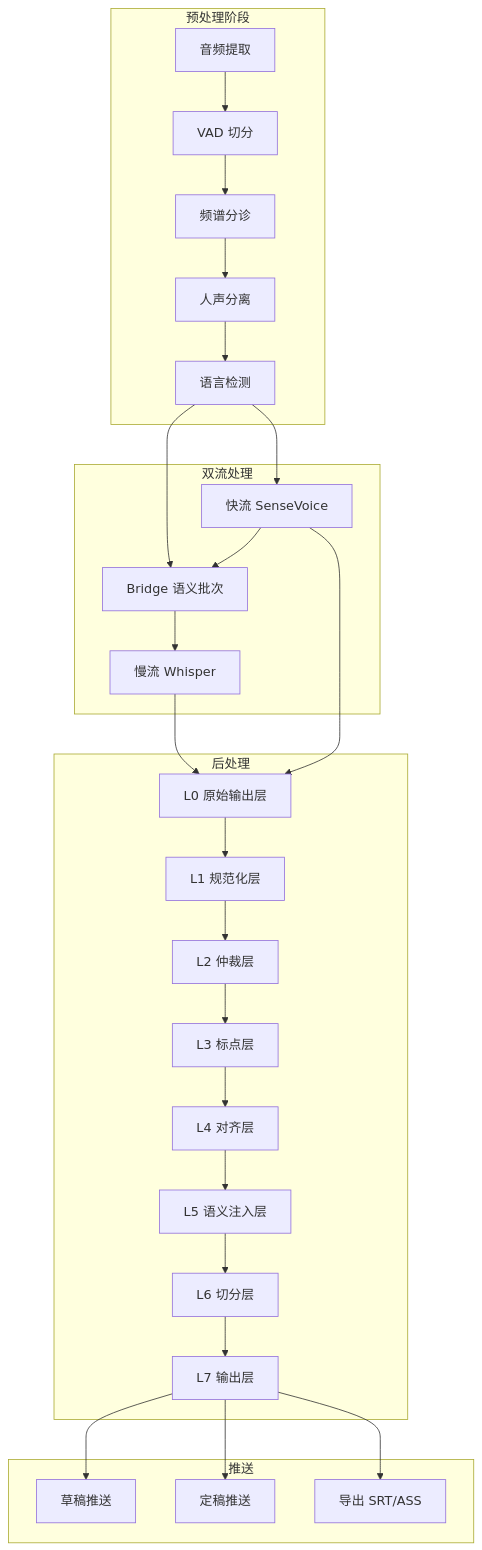
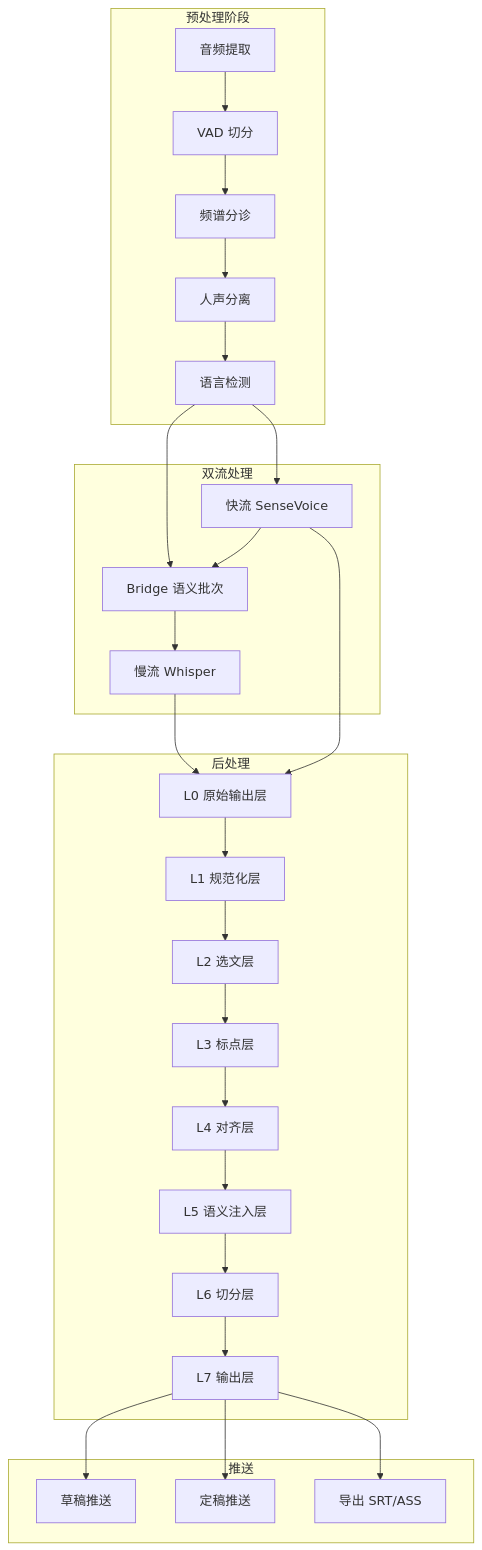
One commit to CommentOut64/video_to_srt changed the diagram in docs/v3.2.3/architecture-flowchart-zh.md. Above: the diagram before and after it, drawn with Mermaid. The commit also changed 2 other files, not shown here.

Commit message:
docs: 修改文档

````diff
--- a/docs/v3.2.3/architecture-flowchart-zh.md
+++ b/docs/v3.2.3/architecture-flowchart-zh.md
@@ -3,39 +3,39 @@
 ```mermaid
 flowchart TB
     subgraph 预处理阶段
         A[音频提取] --> B[VAD 切分]
         B --> C[频谱分诊]
         C --> D[人声分离]
         D --> E[语言检测]
     end
 
     subgraph 双流处理
         E --> F[快流 SenseVoice]
         E --> G[Bridge 语义批次]
         F --> G
         G --> H[慢流 Whisper]
     end
 
     H --> L0
     F --> L0
 
     subgraph 后处理
         L0[L0 原始输出层] --> L1[L1 规范化层]
-        L1 --> L2[L2 仲裁层]
+        L1 --> L2[L2 选文层]
         L2 --> L3[L3 标点层]
         L3 --> L4[L4 对齐层]
         L4 --> L5[L5 语义注入层]
         L5 --> L6[L6 切分层]
         L6 --> L7[L7 输出层]
     end
 
     subgraph 推送
         K[草稿推送]
         L[定稿推送]
         M[导出 SRT/ASS]
     end
 
     L7 --> K
     L7 --> L
     L7 --> M
 ```
````
